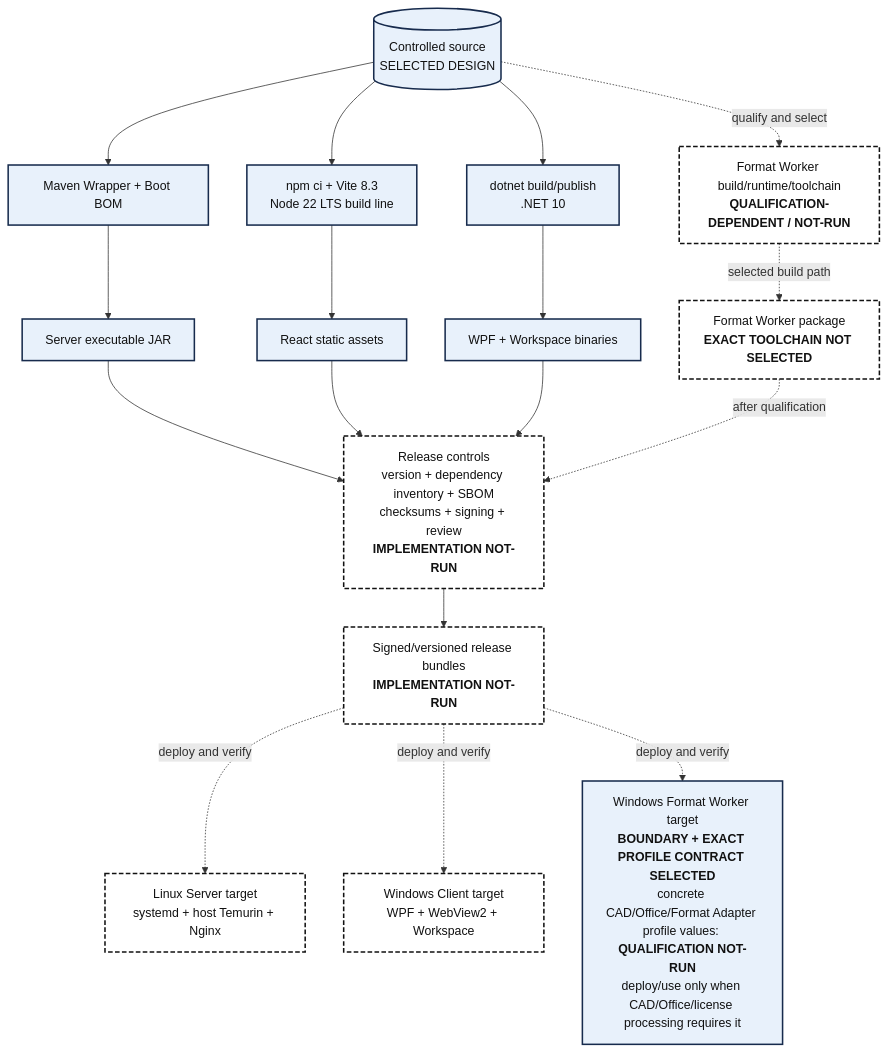
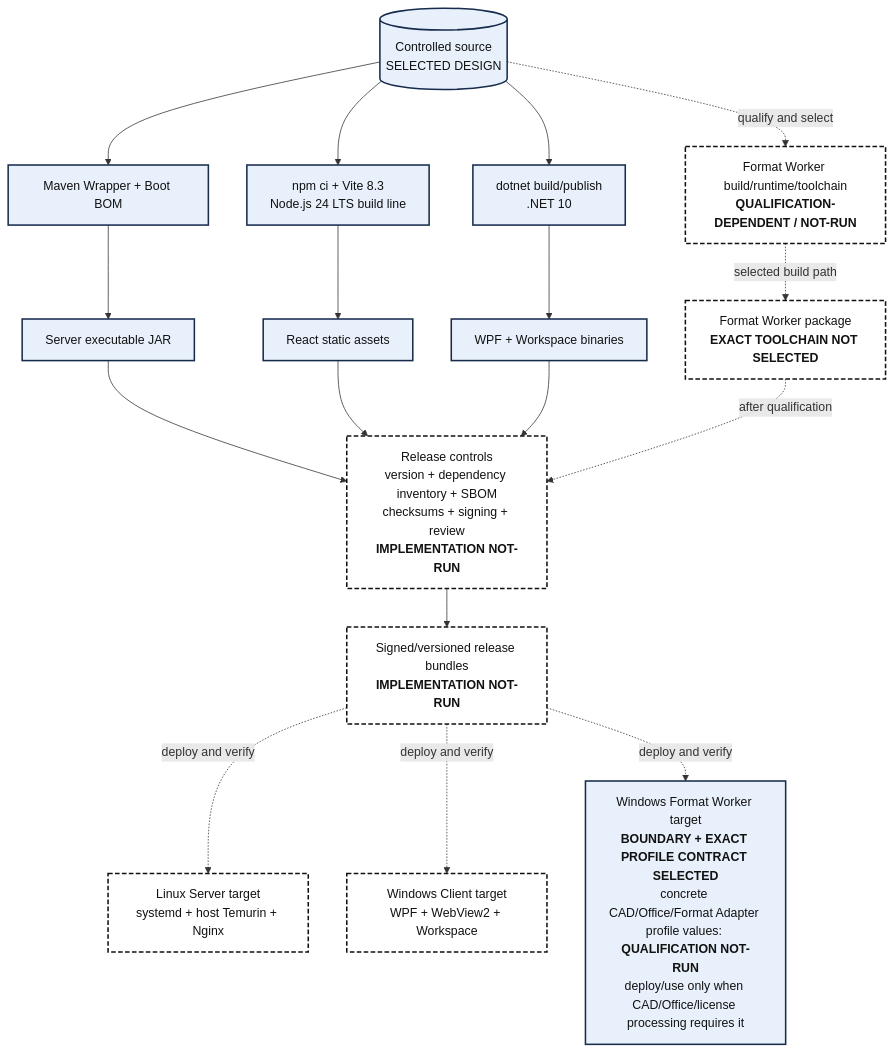
Before and after one commit to devphuclam/IDEAEngineering: the seventh of 8 diagrams in docs/product/instances/idea-engineering/technology/IDEA-core-v0-technology-architecture-views.md, drawn with Mermaid. The commit also changed other lines of this file and 82 other files, not shown here.

````diff
--- a/docs/product/instances/idea-engineering/technology/IDEA-core-v0-technology-architecture-views.md
+++ b/docs/product/instances/idea-engineering/technology/IDEA-core-v0-technology-architecture-views.md
@@ -456,39 +462,39 @@
 ```mermaid
 flowchart TB
     accTitle: Selected design for Core v0 build packaging and deployment pipeline
     accDescr: Controlled source feeds Maven Wrapper for the Server JAR, npm and Vite for React assets, and dotnet for WPF and Workspace binaries. The separate Format Worker boundary and the exact CAD Office Format Adapter profile contract are selected. Concrete profile values plus the Worker build runtime and toolchain remain qualification-dependent and not run. Outputs pass through release controls before separate Linux Server Windows Client and conditionally deployed Windows Worker targets. The diagram does not select a Worker implementation toolchain.
 
     Source[(Controlled source<br/>SELECTED DESIGN)]
     Maven[Maven Wrapper + Boot BOM]
-    Npm[npm ci + Vite 8.3<br/>Node 22 LTS build line]
+    Npm[npm ci + Vite 8.3<br/>Node.js 24 LTS build line]
     Dotnet[dotnet build/publish<br/>.NET 10]
     WorkerToolchain[Format Worker build/runtime/toolchain<br/><b>QUALIFICATION-DEPENDENT / NOT-RUN</b>]
 
     Jar[Server executable JAR]
     Web[React static assets]
     Windows[WPF + Workspace binaries]
     WorkerPackage[Format Worker package<br/><b>EXACT TOOLCHAIN NOT SELECTED</b>]
 
     Controls[Release controls<br/>version + dependency inventory + SBOM<br/>checksums + signing + review<br/><b>IMPLEMENTATION NOT-RUN</b>]
     Package[Signed/versioned release bundles<br/><b>IMPLEMENTATION NOT-RUN</b>]
 
     Linux[Linux Server target<br/>systemd + host Temurin + Nginx]
     Client[Windows Client target<br/>WPF + WebView2 + Workspace]
     Worker[Windows Format Worker target<br/><b>BOUNDARY + EXACT PROFILE CONTRACT SELECTED</b><br/>concrete CAD/Office/Format Adapter profile values: <b>QUALIFICATION NOT-RUN</b><br/>deploy/use only when CAD/Office/license processing requires it]
 
     Source --> Maven --> Jar --> Controls
     Source --> Npm --> Web --> Controls
     Source --> Dotnet --> Windows --> Controls
     Source -. qualify and select .-> WorkerToolchain
     WorkerToolchain -. selected build path .-> WorkerPackage
     WorkerPackage -. after qualification .-> Controls
     Controls --> Package
     Package -. deploy and verify .-> Linux
     Package -. deploy and verify .-> Client
     Package -. deploy and verify .-> Worker
 
     classDef design fill:#e8f1fb,stroke:#172b4d,stroke-width:2px,color:#111;
     classDef notrun fill:#fff,stroke:#111,stroke-width:2px,stroke-dasharray:6 3,color:#111;
     class Source,Maven,Npm,Dotnet,Jar,Web,Windows,Worker design;
     class WorkerToolchain,WorkerPackage,Controls,Package,Linux,Client notrun;
 ```
````
